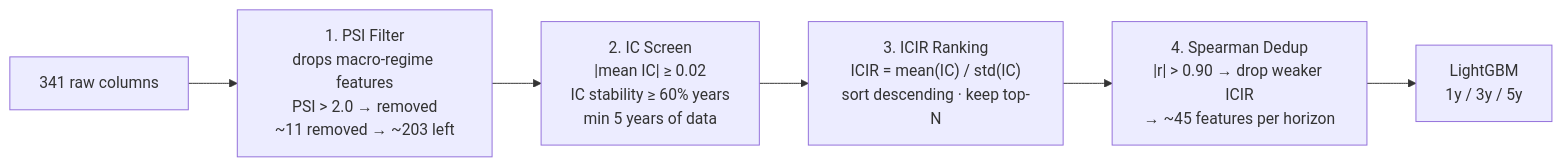
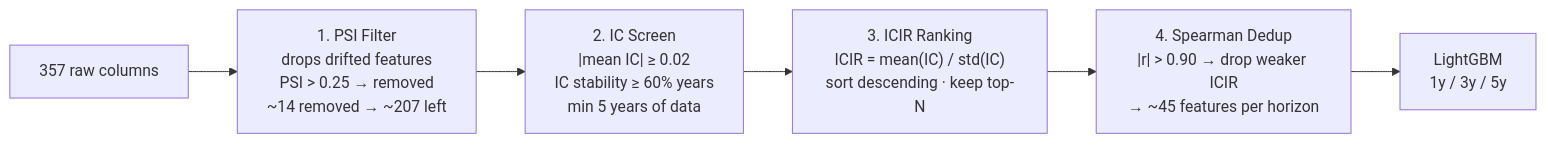
The diagram in docs/methodology/feature-selection.md (sherlock718/stock-fraud-screener), drawn with Mermaid before and after one commit. The commit also changed other lines of this file and 10 other files, not shown here.

````diff
--- a/docs/methodology/feature-selection.md
+++ b/docs/methodology/feature-selection.md
@@ -9,8 +9,8 @@
 ```mermaid
 flowchart LR
-    A["341 raw columns"] --> PSI["1. PSI Filter<br/>drops macro-regime features<br/>PSI > 2.0 → removed<br/>~11 removed → ~203 left"]
+    A["357 raw columns"] --> PSI["1. PSI Filter<br/>drops drifted features<br/>PSI > 0.25 → removed<br/>~14 removed → ~207 left"]
     PSI --> IC["2. IC Screen<br/>|mean IC| ≥ 0.02<br/>IC stability ≥ 60% years<br/>min 5 years of data"]
     IC --> ICIR["3. ICIR Ranking<br/>ICIR = mean(IC) / std(IC)<br/>sort descending · keep top-N"]
     ICIR --> DEDUP["4. Spearman Dedup<br/>|r| > 0.90 → drop weaker ICIR<br/>→ ~45 features per horizon"]
     DEDUP --> MODEL["LightGBM<br/>1y / 3y / 5y"]
 ```
````
